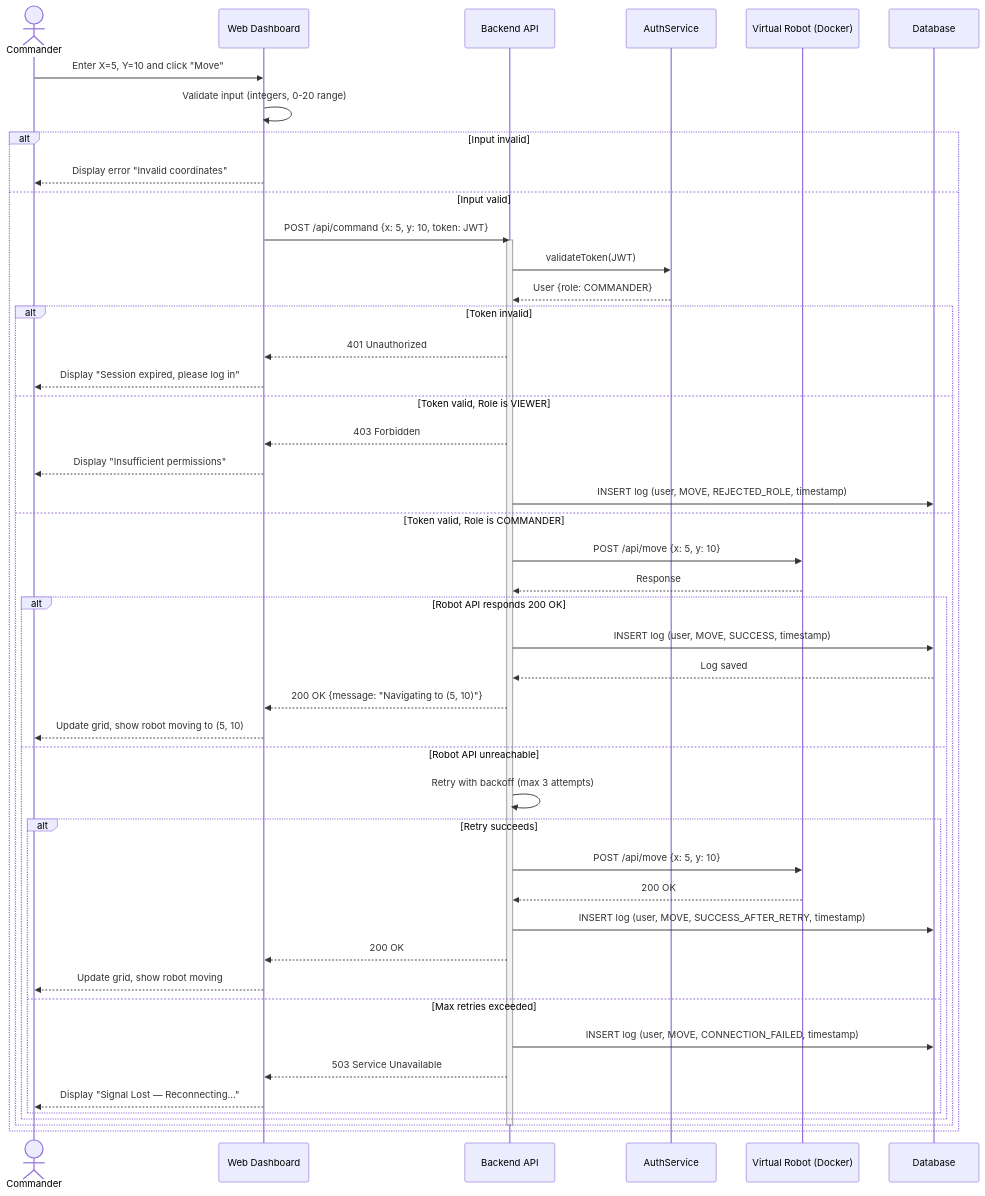
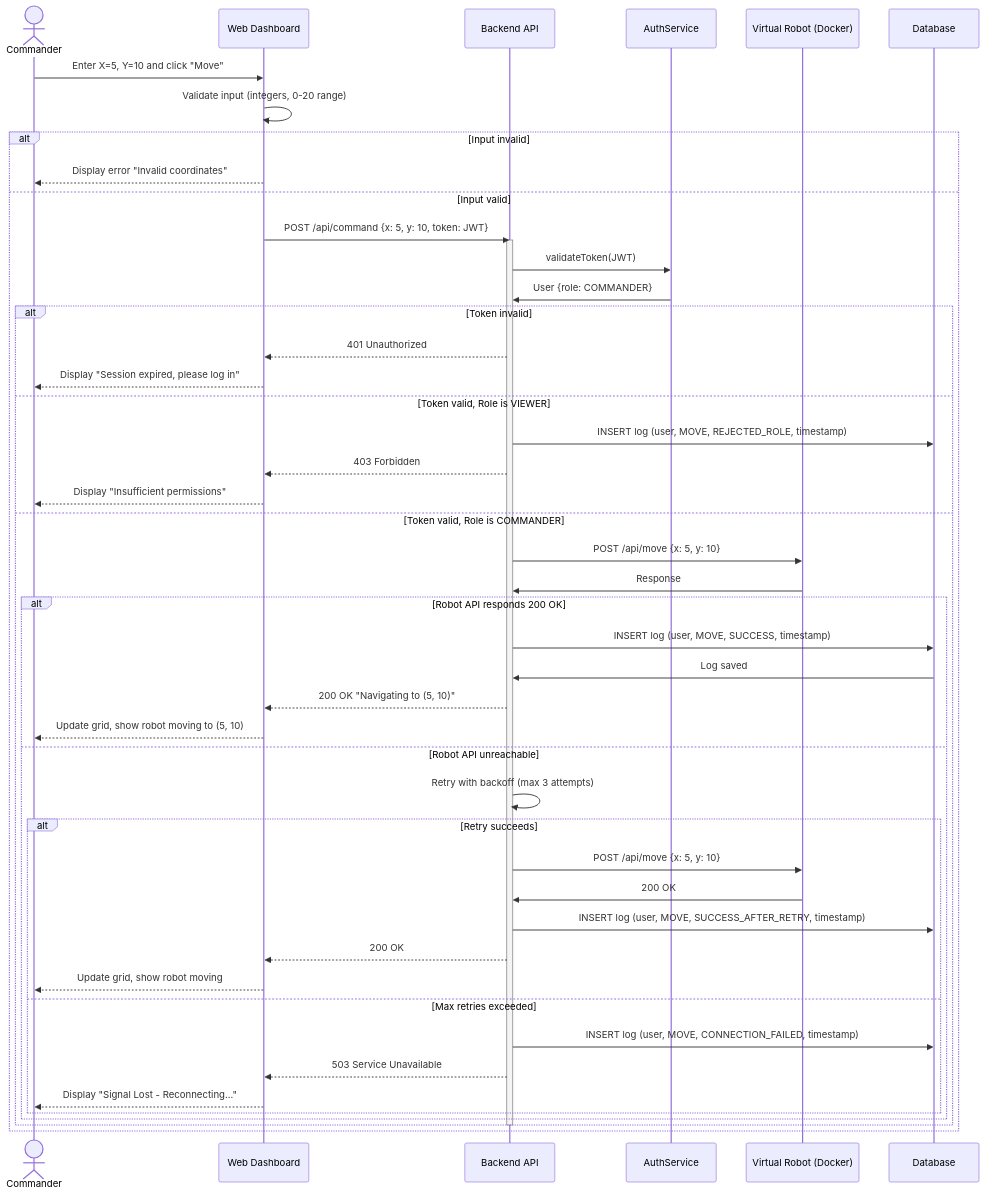
One commit to toptech5419/CMP9134-Robot-Management-System changed the diagram in docs/sequence-diagram.md. Above: the diagram before and after it, drawn with Mermaid.

Commit message:
fix: use solid arrows for Auth/DB/Sim responses to fix Mermaid rendering

````diff
--- a/docs/sequence-diagram.md
+++ b/docs/sequence-diagram.md
@@ -7,56 +7,54 @@
 ```mermaid
 sequenceDiagram
     actor C as Commander
     participant UI as Web Dashboard
     participant API as Backend API
     participant Auth as AuthService
     participant Sim as Virtual Robot (Docker)
     participant DB as Database
 
     C->>UI: Enter X=5, Y=10 and click "Move"
     UI->>UI: Validate input (integers, 0-20 range)
 
     alt Input invalid
         UI-->>C: Display error "Invalid coordinates"
     else Input valid
         UI->>API: POST /api/command {x: 5, y: 10, token: JWT}
         activate API
-
         API->>Auth: validateToken(JWT)
-        Auth-->>API: User {role: COMMANDER}
+        Auth->>API: User {role: COMMANDER}
 
         alt Token invalid
             API-->>UI: 401 Unauthorized
             UI-->>C: Display "Session expired, please log in"
         else Token valid, Role is VIEWER
+            API->>DB: INSERT log (user, MOVE, REJECTED_ROLE, timestamp)
             API-->>UI: 403 Forbidden
             UI-->>C: Display "Insufficient permissions"
-            API->>DB: INSERT log (user, MOVE, REJECTED_ROLE, timestamp)
         else Token valid, Role is COMMANDER
             API->>Sim: POST /api/move {x: 5, y: 10}
-            Sim-->>API: Response
+            Sim->>API: Response
 
             alt Robot API responds 200 OK
                 API->>DB: INSERT log (user, MOVE, SUCCESS, timestamp)
-                DB-->>API: Log saved
-                API-->>UI: 200 OK {message: "Navigating to (5, 10)"}
+                DB->>API: Log saved
+                API-->>UI: 200 OK "Navigating to (5, 10)"
                 UI-->>C: Update grid, show robot moving to (5, 10)
             else Robot API unreachable
                 API->>API: Retry with backoff (max 3 attempts)
                 alt Retry succeeds
                     API->>Sim: POST /api/move {x: 5, y: 10}
-                    Sim-->>API: 200 OK
+                    Sim->>API: 200 OK
                     API->>DB: INSERT log (user, MOVE, SUCCESS_AFTER_RETRY, timestamp)
                     API-->>UI: 200 OK
                     UI-->>C: Update grid, show robot moving
                 else Max retries exceeded
                     API->>DB: INSERT log (user, MOVE, CONNECTION_FAILED, timestamp)
                     API-->>UI: 503 Service Unavailable
-                    UI-->>C: Display "Signal Lost — Reconnecting..."
+                    UI-->>C: Display "Signal Lost - Reconnecting..."
                 end
             end
         end
-
         deactivate API
     end
 ```
````
